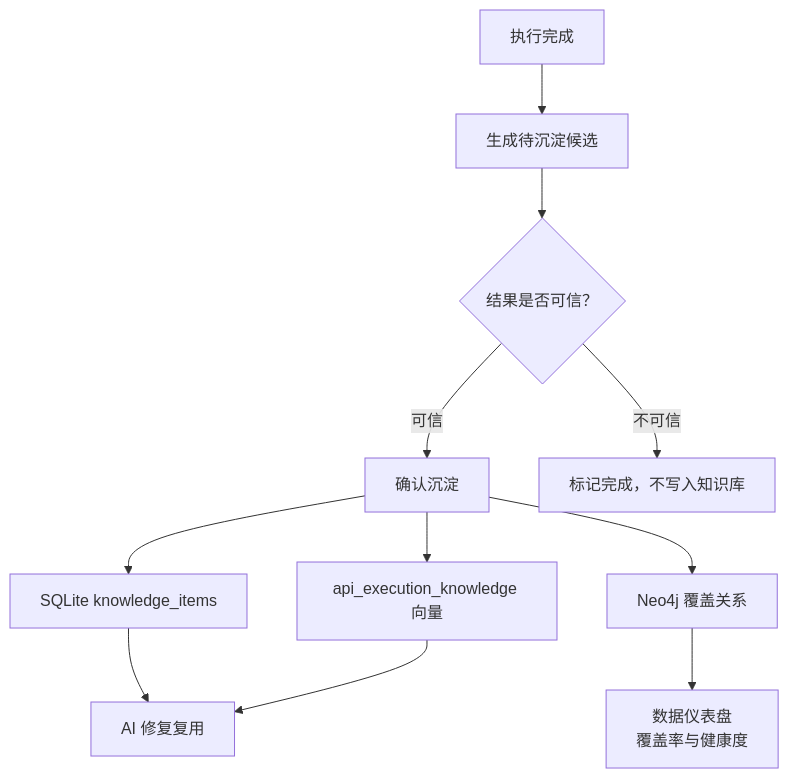
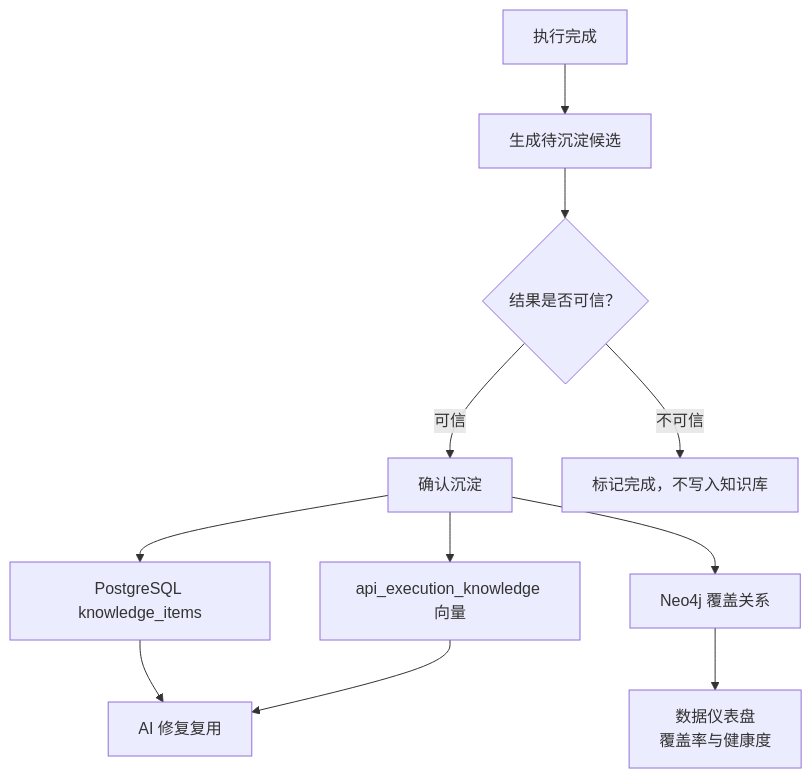
Before and after one commit to sunny-xiabo/OpenMelon: the eighth of 12 diagrams in MANUAL.md, drawn with Mermaid. The commit also changed other lines of this file and 6 other files, not shown here.

````diff
--- a/MANUAL.md
+++ b/MANUAL.md
@@ -1577,13 +1579,13 @@
 ```mermaid
 flowchart TD
     RunDone["执行完成"] --> Candidate["生成待沉淀候选"]
     Candidate --> Review{"结果是否可信？"}
     Review -->|"可信"| Ingest["确认沉淀"]
     Review -->|"不可信"| Skip["标记完成，不写入知识库"]
-    Ingest --> Local["SQLite knowledge_items"]
+    Ingest --> Local["PostgreSQL knowledge_items"]
     Ingest --> Vector["api_execution_knowledge 向量"]
     Ingest --> Graph["Neo4j 覆盖关系"]
     Local --> Reuse["AI 修复复用"]
     Vector --> Reuse
     Graph --> Coverage["数据仪表盘\n覆盖率与健康度"]
 ```
````
